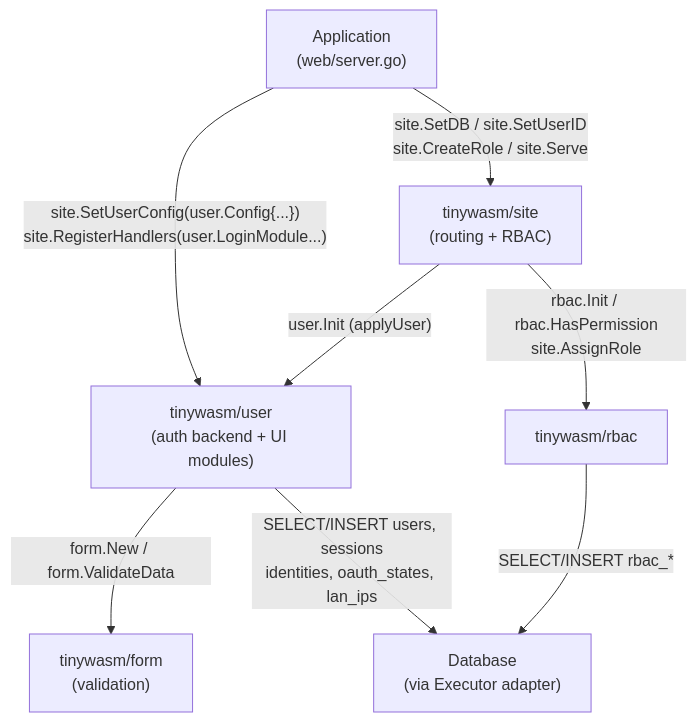
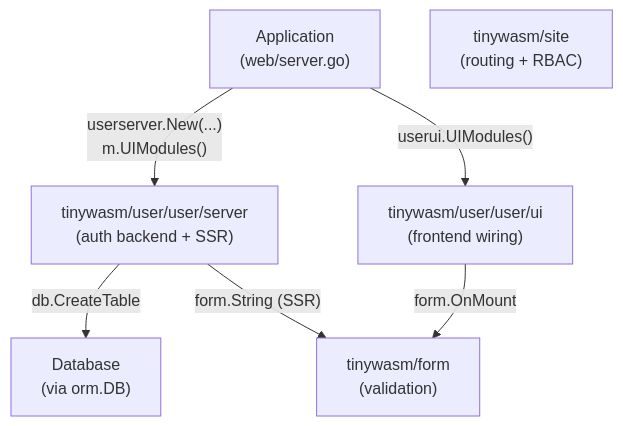
One commit to tinywasm/user changed the diagram in docs/ARCHITECTURE.md. Above: the diagram before and after it, drawn with Mermaid. The commit also changed other lines of this file and 52 other files, not shown here.

First line of the commit message:
feat: restructure package into user, server, and ui subpackages

````diff
--- a/docs/ARCHITECTURE.md
+++ b/docs/ARCHITECTURE.md
@@ -75,17 +78,15 @@
 ```mermaid
 graph TD
     APP["Application\n(web/server.go)"]
     SITE["tinywasm/site\n(routing + RBAC)"]
-    USER["tinywasm/user\n(auth backend + UI modules)"]
+    SERVER["tinywasm/user/user/server\n(auth backend + SSR)"]
+    UI["tinywasm/user/user/ui\n(frontend wiring)"]
     FORM["tinywasm/form\n(validation)"]
-    RBAC["tinywasm/rbac"]
-    DB["Database\n(via Executor adapter)"]
+    DB["Database\n(via orm.DB)"]
 
-    APP -->|"site.SetUserConfig(user.Config{...})\nsite.RegisterHandlers(user.LoginModule...)"| USER
-    APP -->|"site.SetDB / site.SetUserID\nsite.CreateRole / site.Serve"| SITE
-    SITE -->|"user.Init (applyUser)"| USER
-    SITE -->|"rbac.Init / rbac.HasPermission\nsite.AssignRole"| RBAC
-    USER -->|"form.New / form.ValidateData"| FORM
-    USER -->|"SELECT/INSERT users, sessions\nidentities, oauth_states, lan_ips"| DB
-    RBAC -->|"SELECT/INSERT rbac_*"| DB
+    APP -->|"userserver.New(...)\nm.UIModules()"| SERVER
+    APP -->|"userui.UIModules()"| UI
+    SERVER -->|"db.CreateTable"| DB
+    UI -->|"form.OnMount"| FORM
+    SERVER -->|"form.String (SSR)"| FORM
 ```
````
